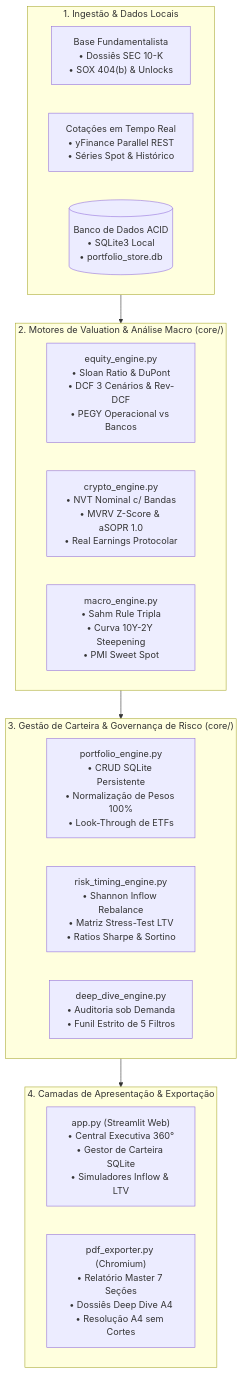
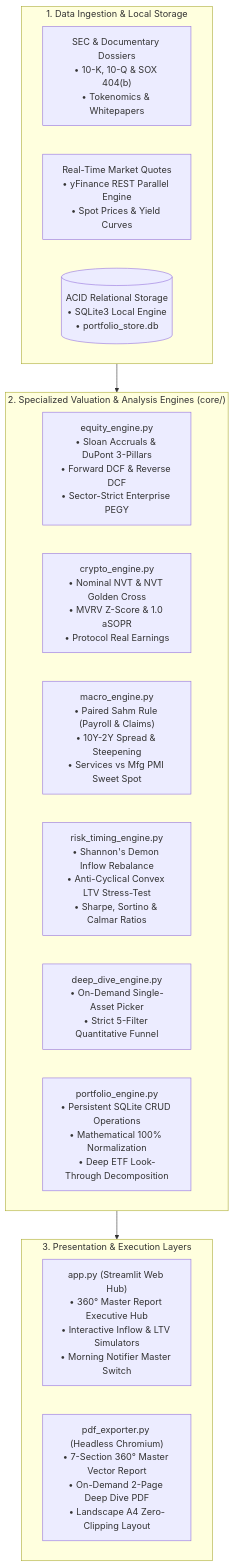
One commit to DouG-2007/institutional-investment-terminal changed the diagram in README.md. Above: the diagram before and after it, drawn with Mermaid. The commit also changed other lines of this file and 8 other files, not shown here.

Commit message:
feat(i18n): localize application UI, PDF export engine, core analytics, and documentation to institutional English

````diff
--- a/README.md
+++ b/README.md
@@ -41,33 +41,25 @@
 ```mermaid
-flowchart TD
-    subgraph INGESTION ["1. Ingestão & Dados Locais"]
-        direction LR
-        KB["Base Fundamentalista<br/>• Dossiês SEC 10-K<br/>• SOX 404(b) & Unlocks"]
-        YF["Cotações em Tempo Real<br/>• yFinance Parallel REST<br/>• Séries Spot & Histórico"]
-        SQL[("Banco de Dados ACID<br/>• SQLite3 Local<br/>• portfolio_store.db")]
+flowchart TB
+    subgraph S1 ["1. Data Ingestion & Local Storage"]
+        KB["SEC & Documentary Dossiers<br/>• 10-K, 10-Q & SOX 404(b)<br/>• Tokenomics & Whitepapers"]
+        YF["Real-Time Market Quotes<br/>• yFinance REST Parallel Engine<br/>• Spot Prices & Yield Curves"]
+        SQL[("ACID Relational Storage<br/>• SQLite3 Local Engine<br/>• portfolio_store.db")]
     end
 
-    subgraph VALUATION ["2. Motores de Valuation & Análise Macro (core/)"]
-        direction LR
-        EQUITY["equity_engine.py<br/>• Sloan Ratio & DuPont<br/>• DCF 3 Cenários & Rev-DCF<br/>• PEGY Operacional vs Bancos"]
-        CRYPTO["crypto_engine.py<br/>• NVT Nominal c/ Bandas<br/>• MVRV Z-Score & aSOPR 1.0<br/>• Real Earnings Protocolar"]
-        MACRO["macro_engine.py<br/>• Sahm Rule Tripla<br/>• Curva 10Y-2Y Steepening<br/>• PMI Sweet Spot"]
+    subgraph S2 ["2. Specialized Valuation & Analysis Engines (core/)"]
+        EQUITY["equity_engine.py<br/>• Sloan Accruals & DuPont 3-Pillars<br/>• Forward DCF & Reverse DCF<br/>• Sector-Strict Enterprise PEGY"]
+        CRYPTO["crypto_engine.py<br/>• Nominal NVT & NVT Golden Cross<br/>• MVRV Z-Score & 1.0 aSOPR<br/>• Protocol Real Earnings"]
+        MACRO["macro_engine.py<br/>• Paired Sahm Rule (Payroll & Claims)<br/>• 10Y-2Y Spread & Steepening<br/>• Services vs Mfg PMI Sweet Spot"]
+        RISK["risk_timing_engine.py<br/>• Shannon's Demon Inflow Rebalance<br/>• Anti-Cyclical Convex LTV Stress-Test<br/>• Sharpe, Sortino & Calmar Ratios"]
+        DEEP["deep_dive_engine.py<br/>• On-Demand Single-Asset Picker<br/>• Strict 5-Filter Quantitative Funnel"]
+        PORT["portfolio_engine.py<br/>• Persistent SQLite CRUD Operations<br/>• Mathematical 100% Normalization<br/>• Deep ETF Look-Through Decomposition"]
     end
 
-    subgraph PORTFOLIO_MGMT ["3. Gestão de Carteira & Governança de Risco (core/)"]
-        direction LR
-        PORT["portfolio_engine.py<br/>• CRUD SQLite Persistente<br/>• Normalização de Pesos 100%<br/>• Look-Through de ETFs"]
-        RISK["risk_timing_engine.py<br/>• Shannon Inflow Rebalance<br/>• Matriz Stress-Test LTV<br/>• Ratios Sharpe & Sortino"]
-        DEEP["deep_dive_engine.py<br/>• Auditoria sob Demanda<br/>• Funil Estrito de 5 Filtros"]
+    subgraph S3 ["3. Presentation & Execution Layers"]
+        WEB["app.py (Streamlit Web Hub)<br/>• 360° Master Report Executive Hub<br/>• Interactive Inflow & LTV Simulators<br/>• Morning Notifier Master Switch"]
+        PDF["pdf_exporter.py (Headless Chromium)<br/>• 7-Section 360° Master Vector Report<br/>• On-Demand 2-Page Deep Dive PDF<br/>• Landscape A4 Zero-Clipping Layout"]
     end
 
-    subgraph PRESENTATION ["4. Camadas de Apresentação & Exportação"]
-        direction LR
-        WEB["app.py (Streamlit Web)<br/>• Central Executiva 360°<br/>• Gestor de Carteira SQLite<br/>• Simuladores Inflow & LTV"]
-        PDF["pdf_exporter.py (Chromium)<br/>• Relatório Master 7 Seções<br/>• Dossiês Deep Dive A4<br/>• Resolução A4 sem Cortes"]
-    end
-
-    INGESTION --> VALUATION
-    VALUATION --> PORTFOLIO_MGMT
-    PORTFOLIO_MGMT --> PRESENTATION
+    S1 --> S2
+    S2 --> S3
 ```
````
